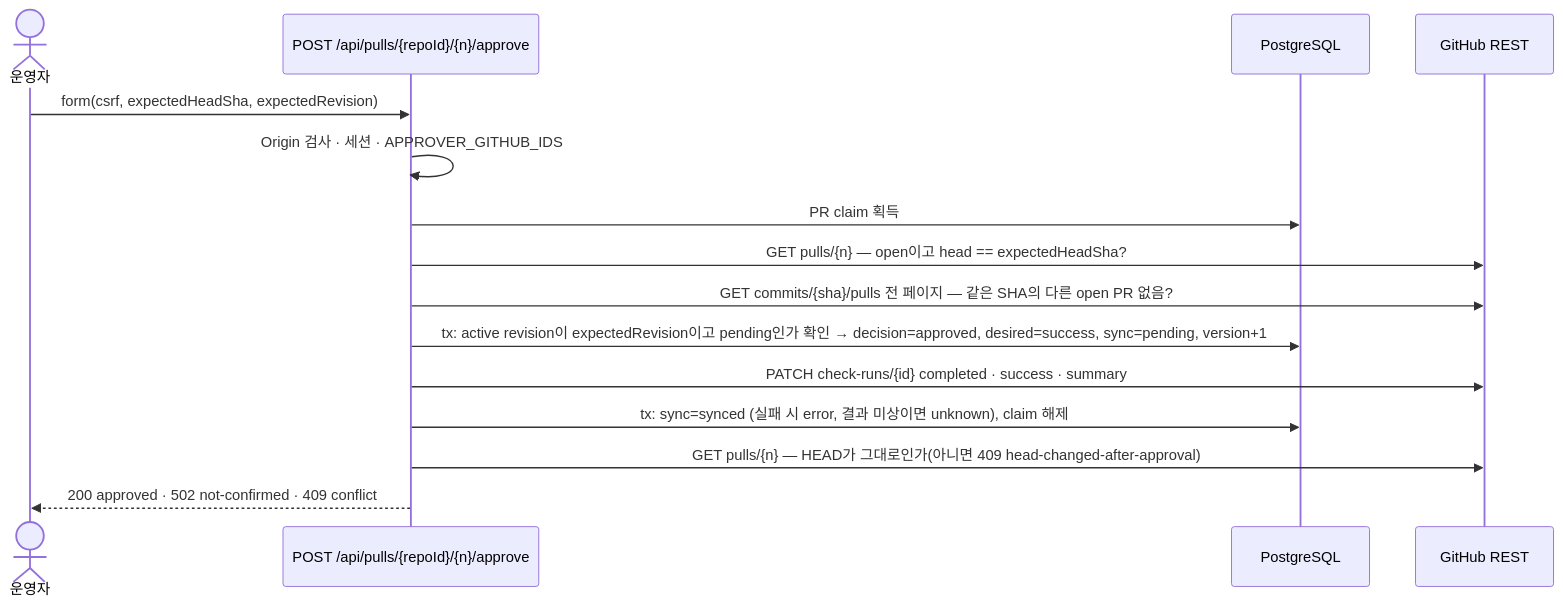
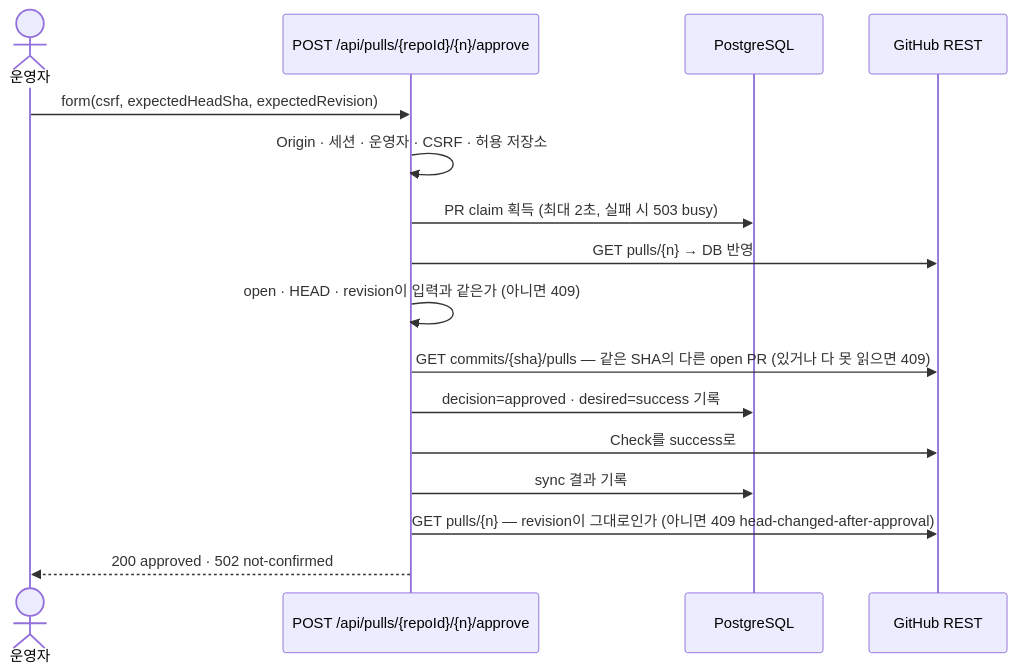
The second of 2 diagrams in docs/manual-approval/architecture.md (berrypjh/review-platform), drawn with Mermaid before and after one commit. The commit also changed other lines of this file and 21 other files, not shown here.

````diff
--- a/docs/manual-approval/architecture.md
+++ b/docs/manual-approval/architecture.md
@@ -108,18 +85,19 @@
 ```mermaid
 sequenceDiagram
     actor Op as 운영자
     participant AP as POST /api/pulls/{repoId}/{n}/approve
     participant DB as PostgreSQL
     participant API as GitHub REST
 
     Op->>AP: form(csrf, expectedHeadSha, expectedRevision)
-    AP->>AP: Origin 검사 · 세션 · APPROVER_GITHUB_IDS
-    AP->>DB: PR claim 획득
-    AP->>API: GET pulls/{n} — open이고 head == expectedHeadSha?
-    AP->>API: GET commits/{sha}/pulls 전 페이지 — 같은 SHA의 다른 open PR 없음?
-    AP->>DB: tx: active revision이 expectedRevision이고 pending인가 확인 → decision=approved, desired=success, sync=pending, version+1
-    AP->>API: PATCH check-runs/{id} completed · success · summary
-    AP->>DB: tx: sync=synced (실패 시 error, 결과 미상이면 unknown), claim 해제
-    AP->>API: GET pulls/{n} — HEAD가 그대로인가(아니면 409 head-changed-after-approval)
-    AP-->>Op: 200 approved · 502 not-confirmed · 409 conflict
+    AP->>AP: Origin · 세션 · 운영자 · CSRF · 허용 저장소
+    AP->>DB: PR claim 획득 (최대 2초, 실패 시 503 busy)
+    AP->>API: GET pulls/{n} → DB 반영
+    AP->>AP: open · HEAD · revision이 입력과 같은가 (아니면 409)
+    AP->>API: GET commits/{sha}/pulls — 같은 SHA의 다른 open PR (있거나 다 못 읽으면 409)
+    AP->>DB: decision=approved · desired=success 기록
+    AP->>API: Check를 success로
+    AP->>DB: sync 결과 기록
+    AP->>API: GET pulls/{n} — revision이 그대로인가 (아니면 409 head-changed-after-approval)
+    AP-->>Op: 200 approved · 502 not-confirmed
 ```
````
